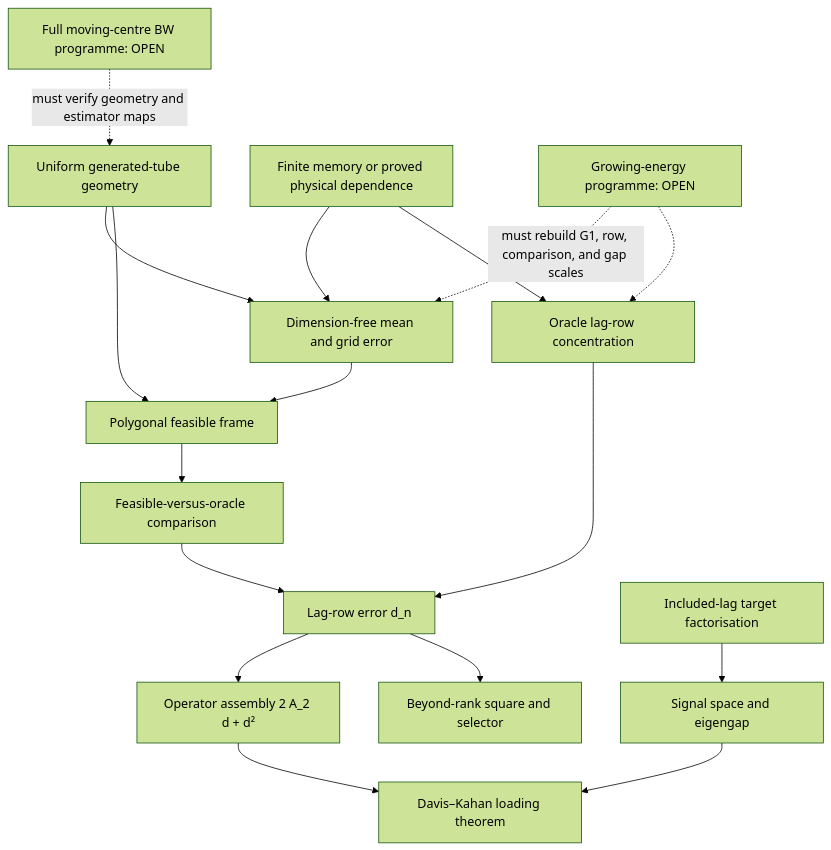
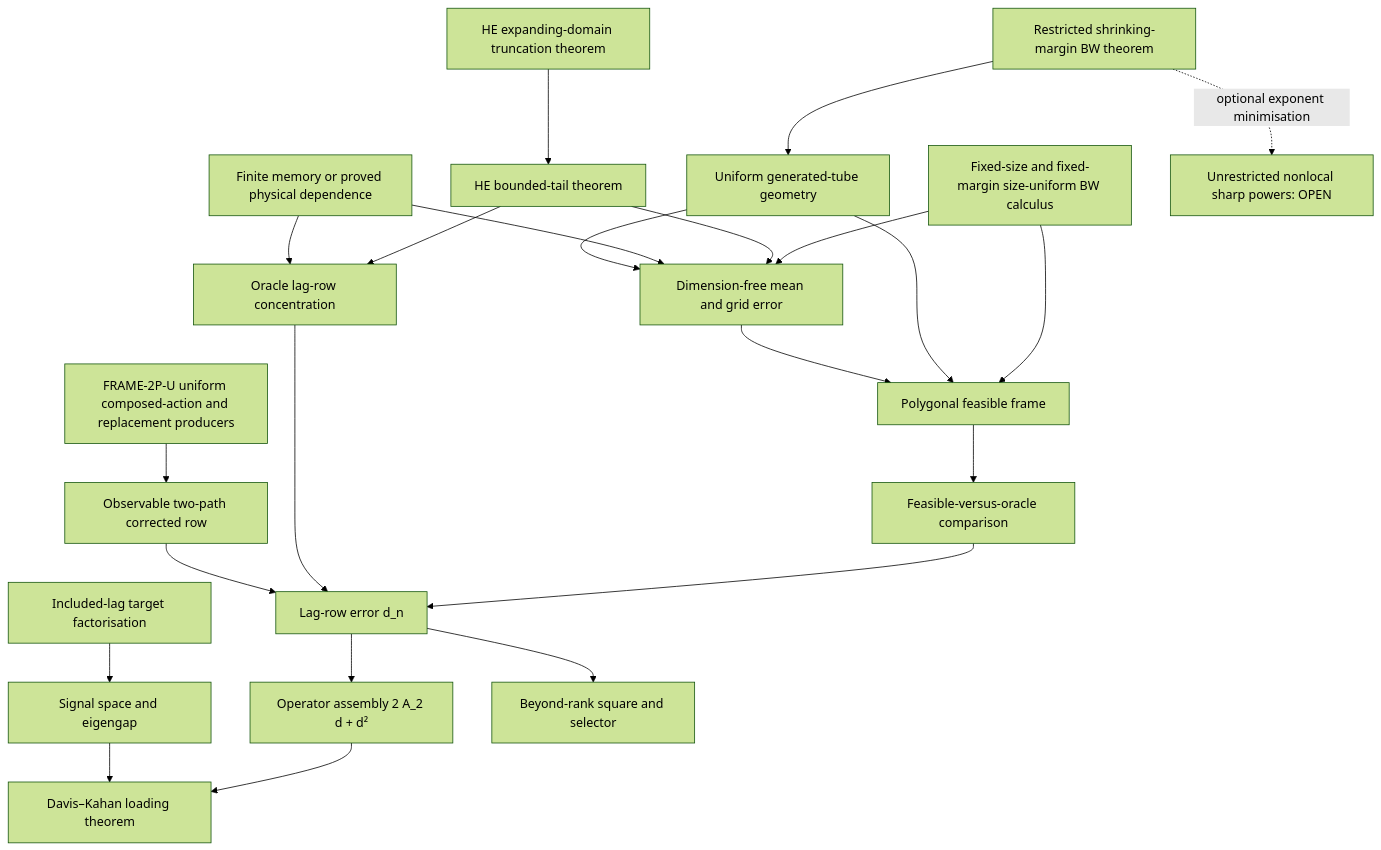
Before and after one commit to AdarshArunEire/Riemannian-Factor-Dynamics: the diagram in Ideas/Analytical reconstruction — proof ledger and rebuilt spec.md, drawn with Mermaid (forest theme). The commit also changed other lines of this file and 33 other files, not shown here.

````diff
--- a/Ideas/Analytical reconstruction — proof ledger and rebuilt spec.md
+++ b/Ideas/Analytical reconstruction — proof ledger and rebuilt spec.md
@@ -157,19 +256,25 @@
 ```mermaid
 flowchart TD
     G1["Dimension-free mean and grid error"] --> PF["Polygonal feasible frame"]
     GEO["Uniform generated-tube geometry"] --> G1
     GEO --> PF
     DEP["Finite memory or proved physical dependence"] --> G1
     DEP --> ROW["Oracle lag-row concentration"]
+    U2P["FRAME-2P-U uniform composed-action and replacement producers"] --> F2P["Observable two-path corrected row"]
+    F2P --> D
     PF --> COMP["Feasible-versus-oracle comparison"]
     ROW --> D["Lag-row error d_n"]
     COMP --> D
     LN["Included-lag target factorisation"] --> SIG["Signal space and eigengap"]
     D --> ASM["Operator assembly 2 A_2 d + d²"]
     SIG --> DK["Davis–Kahan loading theorem"]
     ASM --> DK
     D --> NULL["Beyond-rank square and selector"]
-    HE["Growing-energy programme: OPEN"] -. "must rebuild G1, row, comparison, and gap scales" .-> G1
-    HE -.-> ROW
-    BW["Full moving-centre BW programme: OPEN"] -. "must verify geometry and estimator maps" .-> GEO
+    HE["HE bounded-tail theorem"] --> G1
+    HE --> ROW
+    TR["HE expanding-domain truncation theorem"] --> HE
+    BWF["Fixed-size and fixed-margin size-uniform BW calculus"] --> G1
+    BWF --> PF
+    BWS["Restricted shrinking-margin BW theorem"] --> GEO
+    BWS -. "optional exponent minimisation" .-> BWO["Unrestricted nonlocal sharp powers: OPEN"]
 ```
````
